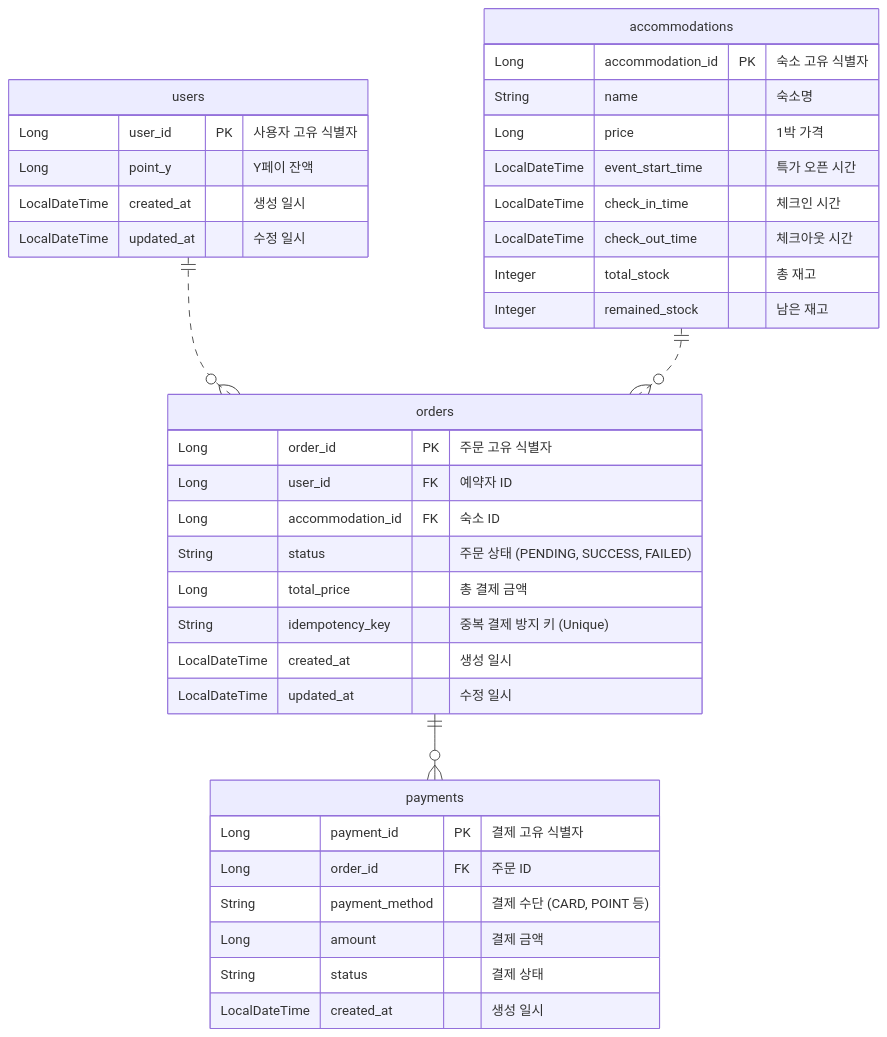
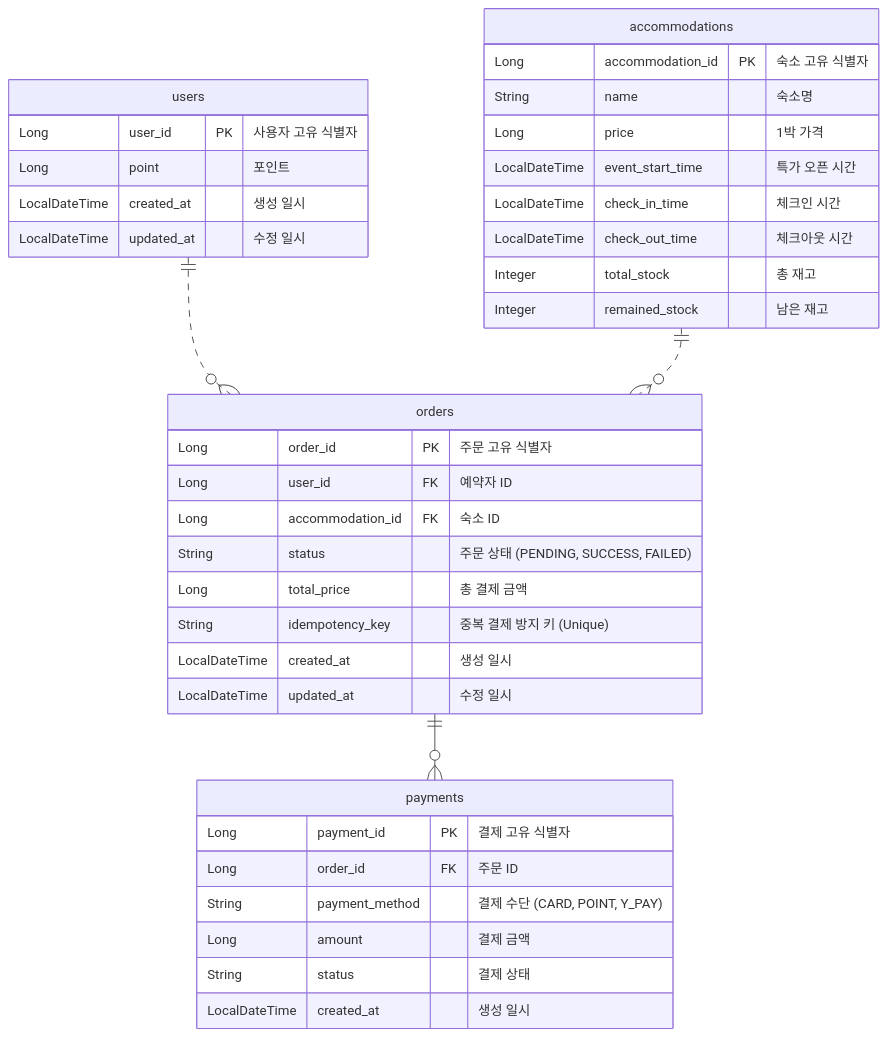
Before and after one commit to singsangssong/reservation-server: the first of 3 diagrams in README.md, drawn with Mermaid. The commit also changed other lines of this file and 1 other file, not shown here.

````diff
--- a/README.md
+++ b/README.md
@@ -47,47 +47,47 @@
 ```mermaid
 erDiagram
     users {
         Long user_id PK "사용자 고유 식별자"
-        Long point_y "Y페이 잔액"
+        Long point "포인트"
         LocalDateTime created_at "생성 일시"
         LocalDateTime updated_at "수정 일시"
     }
 
     accommodations {
         Long accommodation_id PK "숙소 고유 식별자"
         String name "숙소명"
         Long price "1박 가격"
         LocalDateTime event_start_time "특가 오픈 시간"
         LocalDateTime check_in_time "체크인 시간"
         LocalDateTime check_out_time "체크아웃 시간"
         Integer total_stock "총 재고"
         Integer remained_stock "남은 재고"
     }
 
     orders {
         Long order_id PK "주문 고유 식별자"
         Long user_id FK "예약자 ID"
         Long accommodation_id FK "숙소 ID"
         String status "주문 상태 (PENDING, SUCCESS, FAILED)"
         Long total_price "총 결제 금액"
         String idempotency_key "중복 결제 방지 키 (Unique)"
         LocalDateTime created_at "생성 일시"
         LocalDateTime updated_at "수정 일시"
     }
 
     payments {
         Long payment_id PK "결제 고유 식별자"
         Long order_id FK "주문 ID"
-        String payment_method "결제 수단 (CARD, POINT 등)"
+        String payment_method "결제 수단 (CARD, POINT, Y_PAY)"
         Long amount "결제 금액"
         String status "결제 상태"
         LocalDateTime created_at "생성 일시"
     }
 
     %% 연관관계 (Relationship)
     %% 실선은 강한 결합(식별 관계), 점선은 느슨한 결합(비식별/간접 참조)을 의미합니다.
     
     users ||..o{ orders : ""
     accommodations ||..o{ orders : ""
     orders ||--o{ payments : ""
 ```
````
